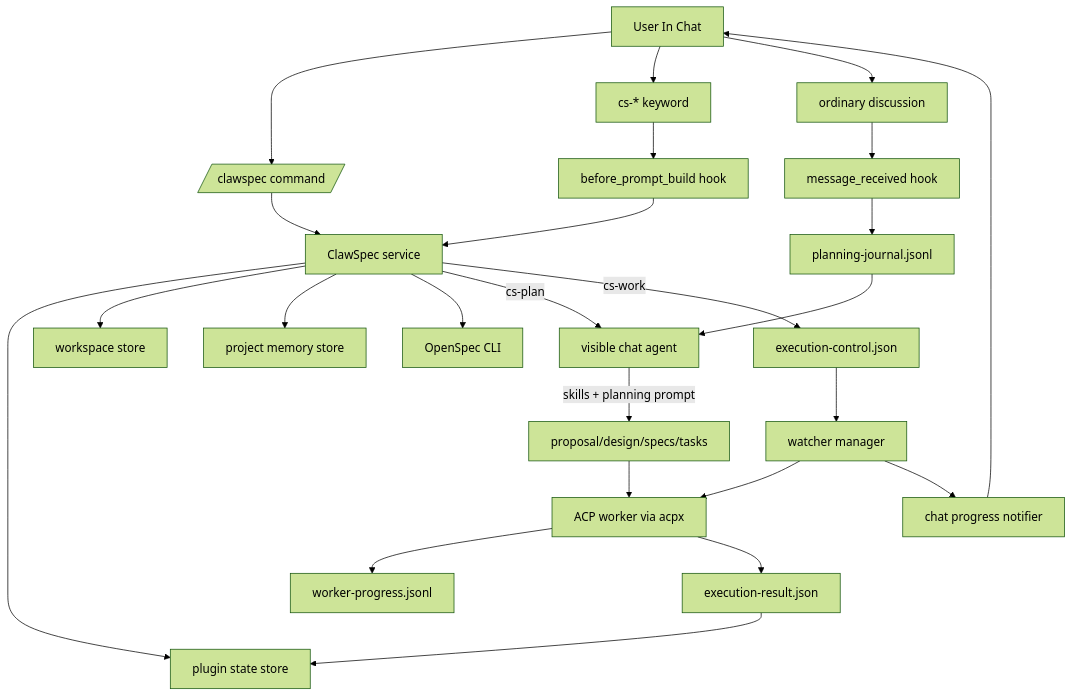
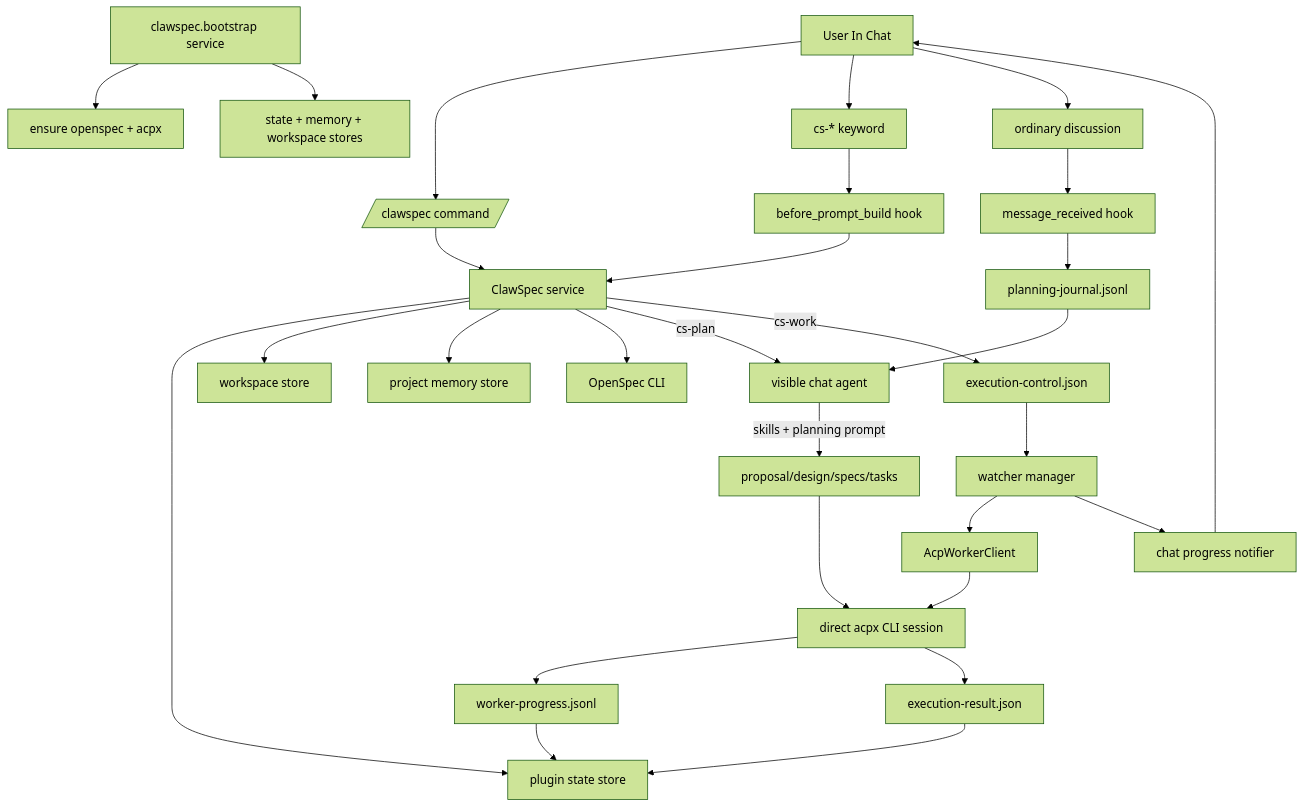
Before and after one commit to bytegh/clawspec: the first of 3 diagrams in README.md, drawn with Mermaid (forest theme). The commit also changed other lines of this file and 24 other files, not shown here.

Commit message:
feat: stabilize clawspec worker recovery and document runtime workflow

````diff
--- a/README.md
+++ b/README.md
@@ -42,32 +43,38 @@
 ```mermaid
 flowchart TD
+    BOOT[clawspec.bootstrap service]
+    BOOT --> DEPS[ensure openspec + acpx]
+    BOOT --> STORES[state + memory + workspace stores]
+
     U[User In Chat] --> CMD[/clawspec command/]
     U --> KEY[cs-* keyword]
     U --> MSG[ordinary discussion]
 
     CMD --> SVC[ClawSpec service]
     KEY --> HOOK[before_prompt_build hook]
     MSG --> INBOUND[message_received hook]
 
     INBOUND --> JOURNAL[planning-journal.jsonl]
     HOOK --> SVC
     SVC --> STATE[plugin state store]
     SVC --> WS[workspace store]
     SVC --> MEM[project memory store]
     SVC --> OSCLI[OpenSpec CLI]
 
     SVC -->|cs-plan| MAIN[visible chat agent]
     MAIN -->|skills + planning prompt| ARTIFACTS[proposal/design/specs/tasks]
 
     SVC -->|cs-work| CTRL[execution-control.json]
     CTRL --> WATCHER[watcher manager]
-    WATCHER --> ACP[ACP worker via acpx]
-    ACP --> PROGRESS[worker-progress.jsonl]
-    ACP --> RESULT[execution-result.json]
+    WATCHER --> ACPCLIENT[AcpWorkerClient]
+    ACPCLIENT --> ACPCLI[direct acpx CLI session]
+    ACPCLI --> PROGRESS[worker-progress.jsonl]
+    ACPCLI --> RESULT[execution-result.json]
     WATCHER --> NOTIFY[chat progress notifier]
     NOTIFY --> U
 
     JOURNAL --> MAIN
-    ARTIFACTS --> ACP
+    ARTIFACTS --> ACPCLI
     RESULT --> STATE
+    PROGRESS --> STATE
 ```
````
